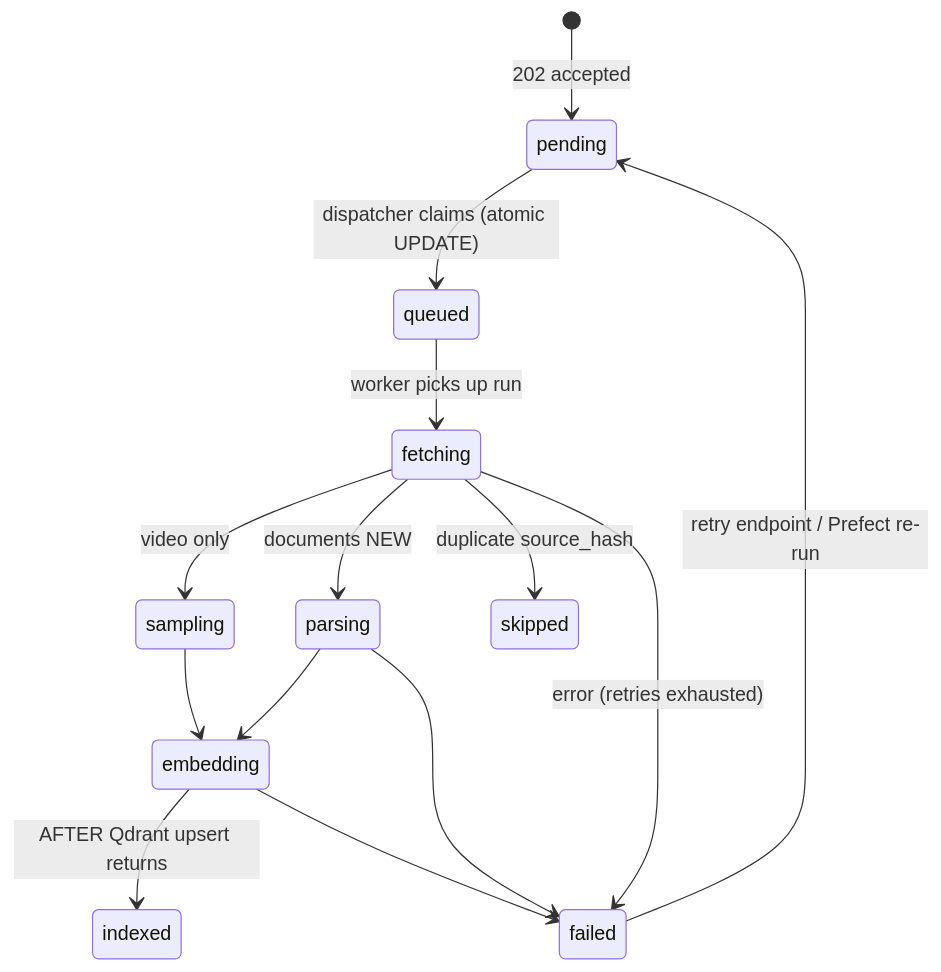
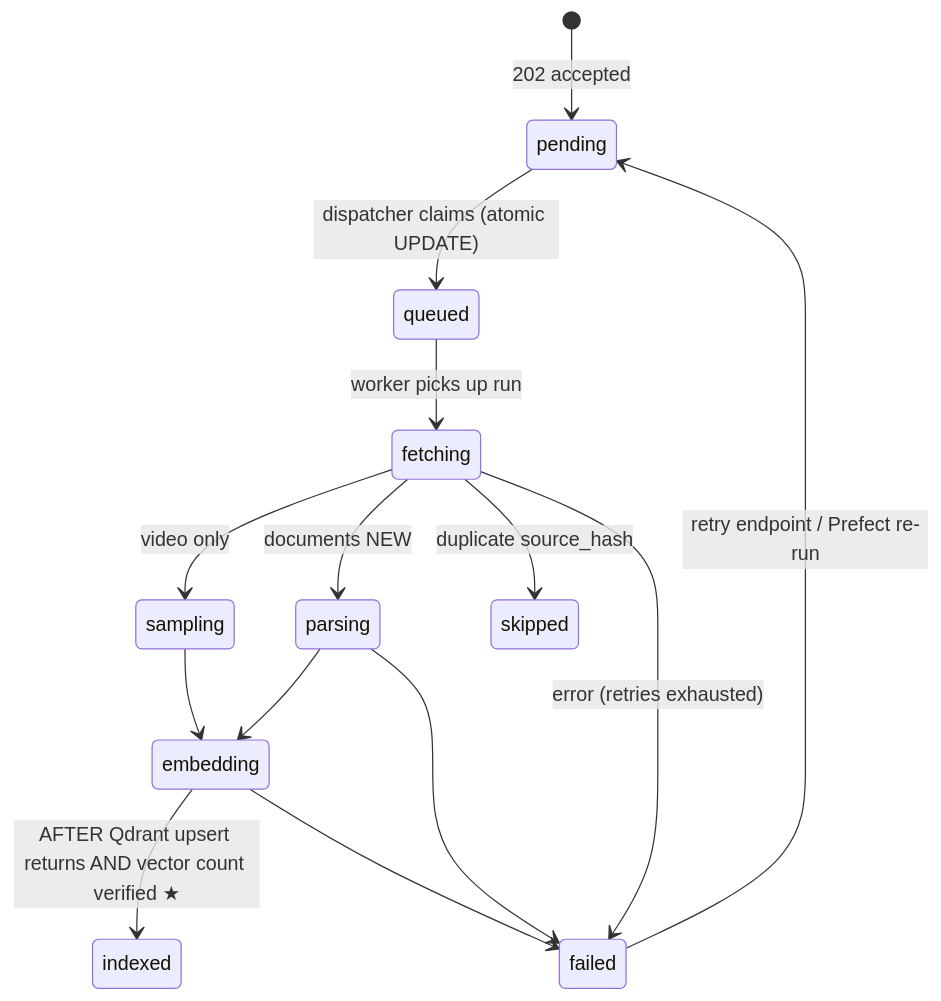
One commit to Bhardwaj-Saurabh/ScholarMomentSearch changed the sixth of 8 diagrams in ARCHITECTURE.md. Above: the diagram before and after it, drawn with Mermaid. The commit also changed other lines of this file, not shown here.

Commit message:
Revise ARCHITECTURE.md for everything shipped through component 51

````diff
--- a/ARCHITECTURE.md
+++ b/ARCHITECTURE.md
@@ -279,16 +440,16 @@
 ```mermaid
 stateDiagram-v2
   [*] --> pending : 202 accepted
   pending --> queued : dispatcher claims (atomic UPDATE)
   queued --> fetching : worker picks up run
   fetching --> sampling : video only
   sampling --> embedding
   fetching --> parsing : documents NEW
   parsing --> embedding
-  embedding --> indexed : AFTER Qdrant upsert returns
+  embedding --> indexed : AFTER Qdrant upsert returns AND vector count verified ★
   fetching --> skipped : duplicate source_hash
   fetching --> failed : error (retries exhausted)
   parsing --> failed
   embedding --> failed
   failed --> pending : retry endpoint / Prefect re-run
 ```
````
